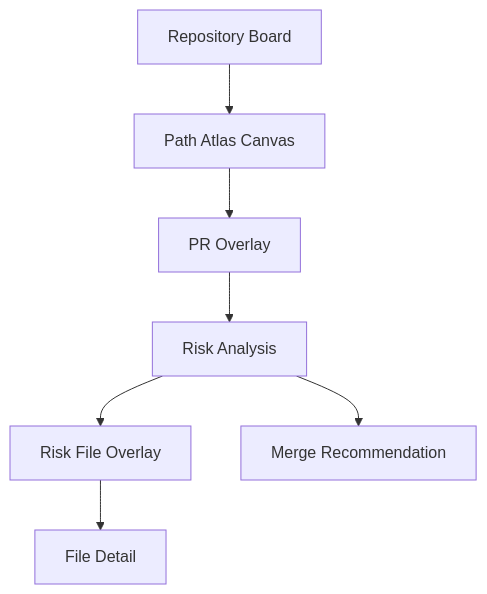
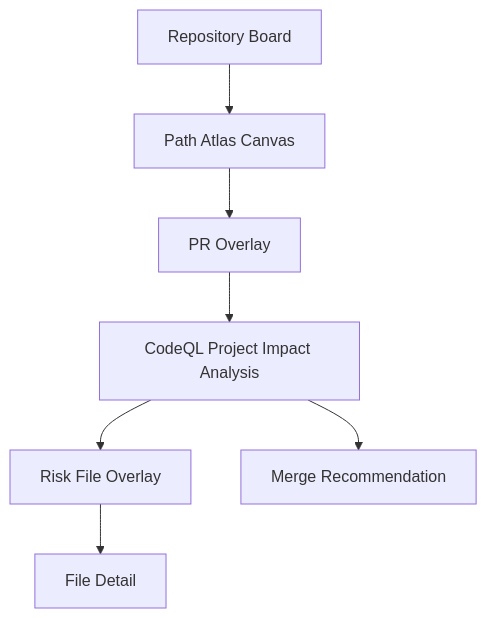
Before and after one commit to KFJG-Team1/rag-board: the first of 2 diagrams in docs/spec.md, drawn with Mermaid. The commit also changed other lines of this file and 81 other files, not shown here.

````diff
--- a/docs/spec.md
+++ b/docs/spec.md
@@ -21,13 +22,13 @@
 ```mermaid
 flowchart TD
     Board["Repository Board"]
     Atlas["Path Atlas Canvas"]
     Overlay["PR Overlay"]
-    Analysis["Risk Analysis"]
+    Analysis["CodeQL Project Impact Analysis"]
     Risk["Risk File Overlay"]
     Detail["File Detail"]
     Merge["Merge Recommendation"]
 
     Board --> Atlas --> Overlay --> Analysis --> Risk --> Detail
     Analysis --> Merge
 ```
````
